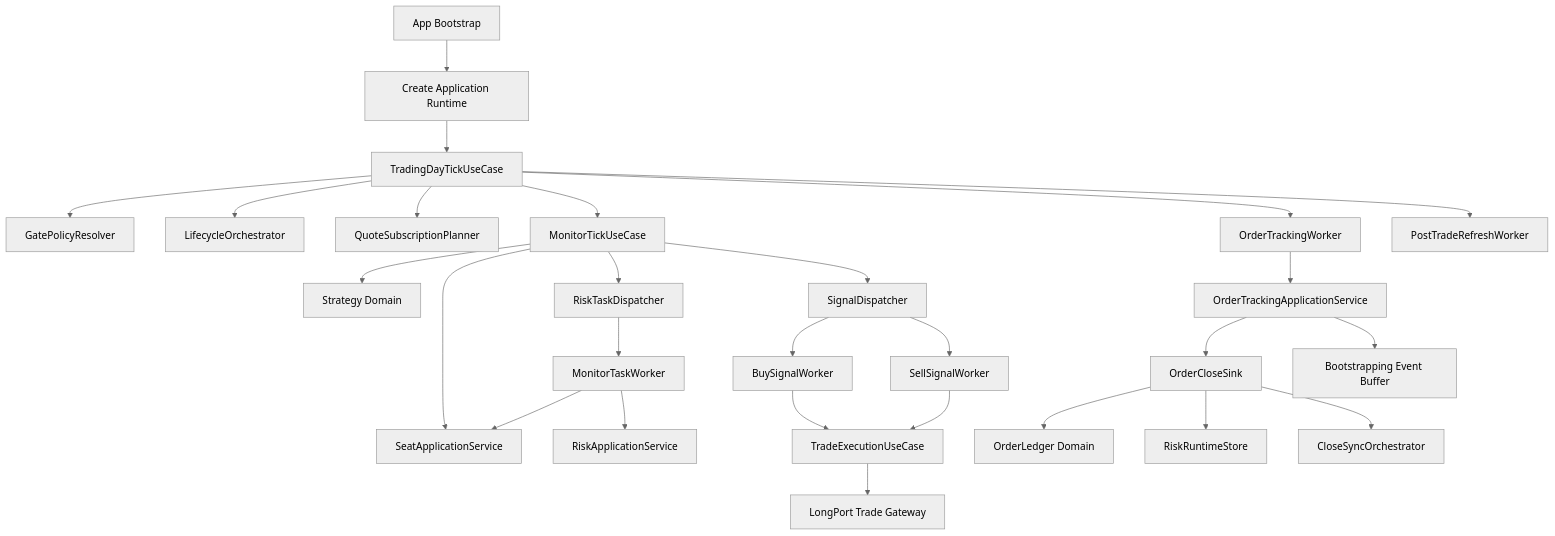
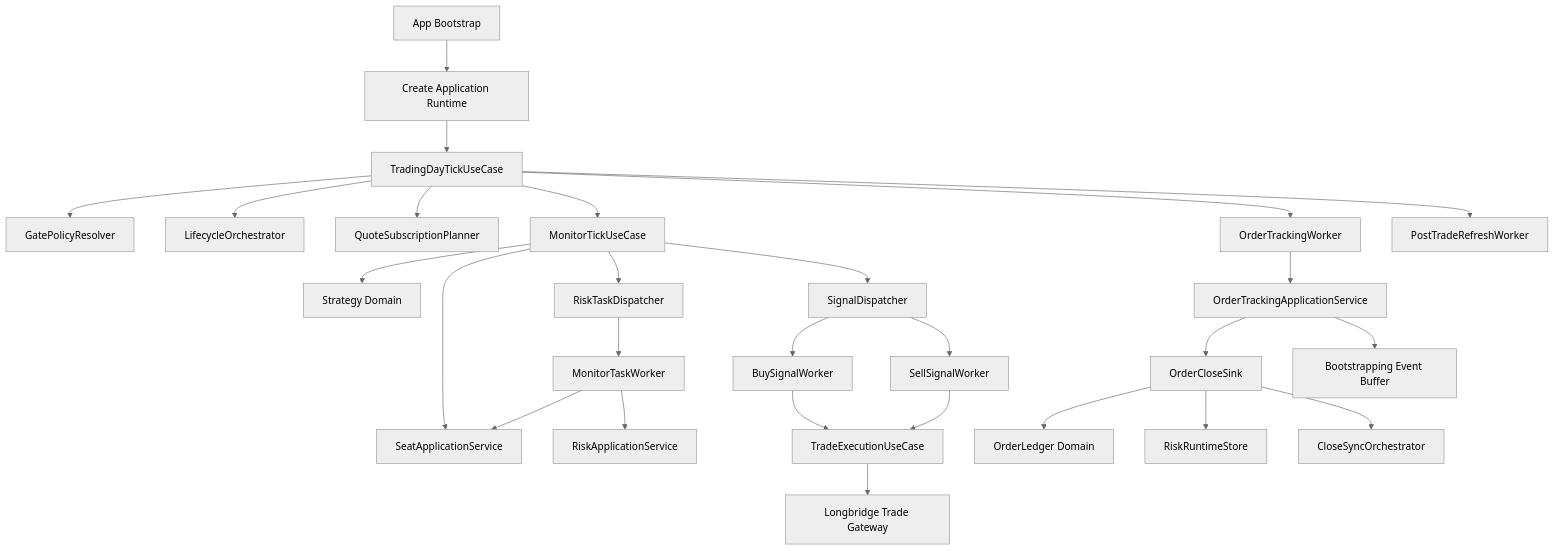
One commit to zhengyongjie16/Longbridge-Quantitative-Trading changed the first of 2 diagrams in docs/plans/2026-03/2026-03-08-system-architecture-redesign-plan.md. Above: the diagram before and after it, drawn with Mermaid (neutral theme). The commit also changed other lines of this file and 154 other files, not shown here.

````diff
--- a/docs/plans/2026-03/2026-03-08-system-architecture-redesign-plan.md
+++ b/docs/plans/2026-03/2026-03-08-system-architecture-redesign-plan.md
@@ -1136,29 +1138,29 @@
 ```mermaid
 flowchart TD
   A[App Bootstrap] --> B[Create Application Runtime]
   B --> C[TradingDayTickUseCase]
   C --> D[GatePolicyResolver]
   C --> E[LifecycleOrchestrator]
   C --> F[QuoteSubscriptionPlanner]
   C --> G[MonitorTickUseCase]
   C --> H[OrderTrackingWorker]
   C --> I[PostTradeRefreshWorker]
   G --> J[Strategy Domain]
   G --> K[SeatApplicationService]
   G --> L[RiskTaskDispatcher]
   G --> M[SignalDispatcher]
   M --> N[BuySignalWorker]
   M --> O[SellSignalWorker]
   L --> P[MonitorTaskWorker]
   N --> Q[TradeExecutionUseCase]
   O --> Q
   P --> K
   P --> R[RiskApplicationService]
-  Q --> S[LongPort Trade Gateway]
+  Q --> S[Longbridge Trade Gateway]
   H --> T[OrderTrackingApplicationService]
   T --> X[OrderCloseSink]
   X --> U[OrderLedger Domain]
   X --> V[RiskRuntimeStore]
   X --> Y[CloseSyncOrchestrator]
   T --> W[Bootstrapping Event Buffer]
 ```
````
